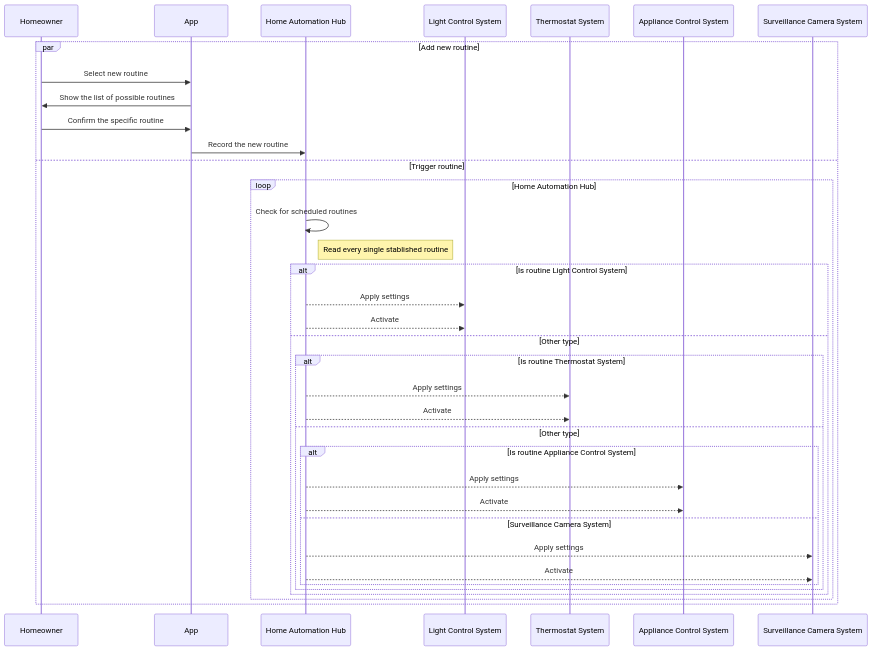
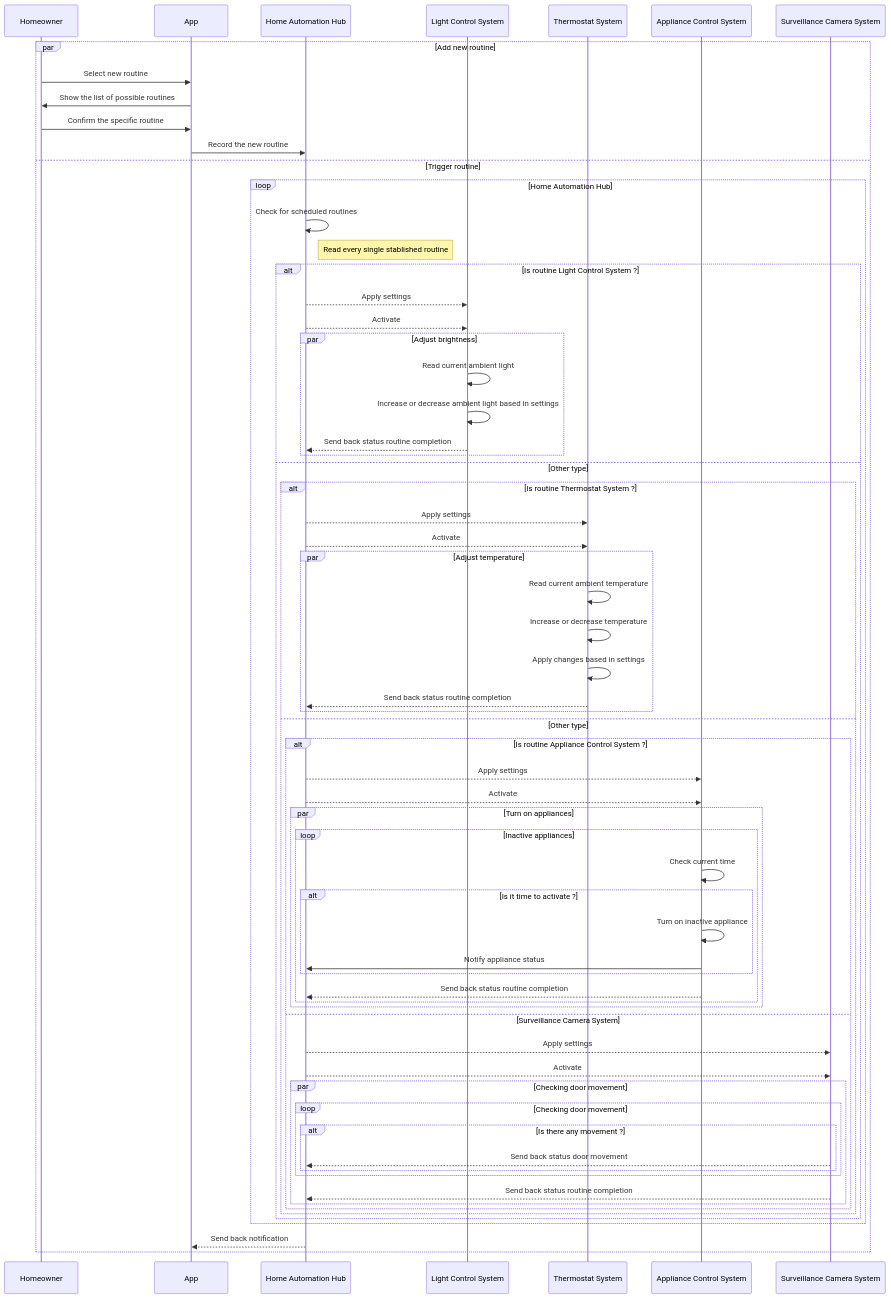
The diagram in Readme.md (sequence-diagrams/smart-home-automation), drawn with Mermaid before and after one commit. The commit also changed other lines of this file, not shown here.

Commit message:
Details addition

````diff
--- a/Readme.md
+++ b/Readme.md
@@ -42,39 +42,70 @@
 ```mermaid
 sequenceDiagram
     participant ho as Homeowner
     participant a as App
     participant hah as Home Automation Hub
     participant lcs as Light Control System
     participant ts as Thermostat System
     participant acs as Appliance Control System
     participant scs as Surveillance Camera System
 
     par Add new routine
         ho->>a:Select new routine
         a->>ho:Show the list of possible routines
         ho->>a:Confirm the specific routine
         a->>hah:Record the new routine
     and Trigger routine
         loop Home Automation Hub
             hah->>hah: Check for scheduled routines
             Note right of hah: Read every single stablished routine
-            alt Is routine Light Control System
+            alt Is routine Light Control System ? 
                 hah-->>lcs: Apply settings
                 hah-->>lcs: Activate
+                par Adjust brightness
+                    lcs->>lcs: Read current ambient light
+                    lcs->>lcs: Increase or decrease ambient light based in settings
+                    lcs-->>hah:Send back status routine completion
+                end
+                
             else Other type
-                alt Is routine Thermostat System
+                alt Is routine Thermostat System ? 
                     hah-->>ts: Apply settings
                     hah-->>ts: Activate
+                    par Adjust temperature
+                        ts->>ts: Read current ambient temperature
+                        ts->>ts: Increase or decrease temperature
+                        ts->>ts: Apply changes based in settings
+                        ts-->>hah:Send back status routine completion
+                    end
                 else Other type
-                    alt Is routine Appliance Control System
+                    alt Is routine Appliance Control System ?
                         hah-->>acs: Apply settings
                         hah-->>acs: Activate
+                        par Turn on appliances
+                            loop Inactive appliances
+                                acs->>acs: Check current time
+                                    alt Is it time to activate ? 
+                                        acs->>acs: Turn on inactive appliance
+                                        acs->>hah: Notify appliance status
+                                    end
+                                acs-->>hah:Send back status routine completion
+                            end 
+                        end
                     else Surveillance Camera System
                         hah-->>scs: Apply settings
                         hah-->>scs: Activate
+                        par Checking door movement
+                            loop Checking door movement
+                                alt Is there any movement ?
+                                    scs-->>hah:Send back status door movement
+                                end
+                            end
+                            scs-->>hah:Send back status routine completion
+                        end
                     end
                 end
             end
         end
+        hah-->>a:Send back notification 
     end
 ```
````
